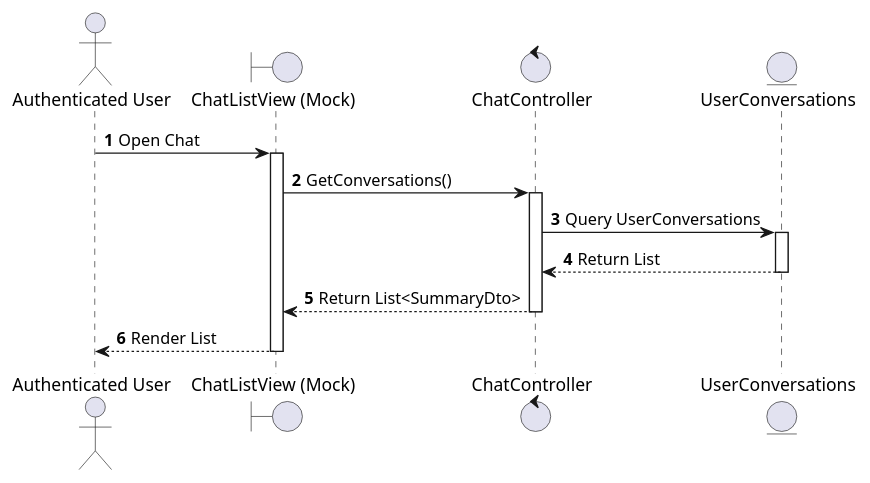
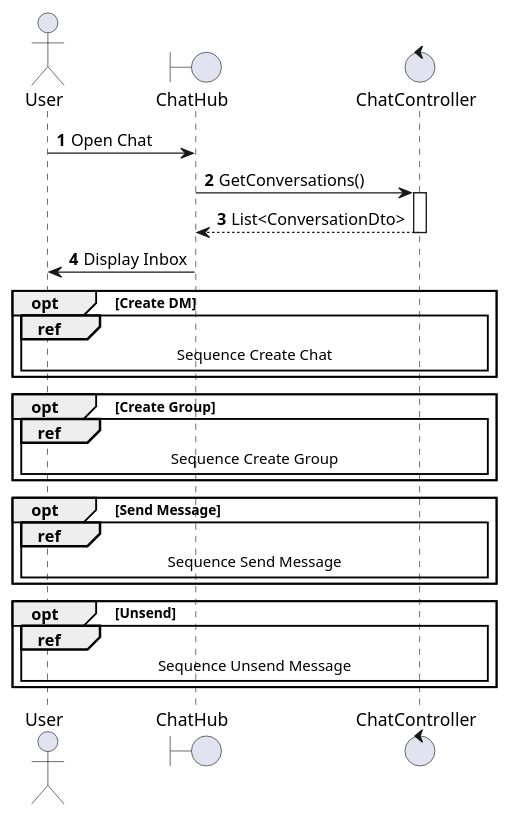
The second of 16 diagrams in UC_2.1.7_Chat.md (I-Love-U-3000/Favi-BE), drawn with PlantUML before and after one commit. The commit also changed other lines of this file and 36 other files, not shown here.

````diff
--- a/UC_2.1.7_Chat.md
+++ b/UC_2.1.7_Chat.md
@@ -53,22 +63,31 @@
 ```plantuml
 @startuml
 autonumber
-actor "Authenticated User" as User
-boundary "ChatListView (Mock)" as View
+actor "User" as User
+boundary "ChatHub" as View
 control "ChatController" as Controller
-entity "UserConversations" as Entity
 
 User -> View: Open Chat
-activate View
 View -> Controller: GetConversations()
 activate Controller
-Controller -> Entity: Query UserConversations
-activate Entity
-Entity --> Controller: Return List
-deactivate Entity
-Controller --> View: Return List<SummaryDto>
+Controller --> View: List<ConversationDto>
 deactivate Controller
-View --> User: Render List
-deactivate View
+View -> User: Display Inbox
+
+opt Create DM
+    ref over User, View, Controller: Sequence Create Chat
+end
+
+opt Create Group
+    ref over User, View, Controller: Sequence Create Group
+end
+
+opt Send Message
+    ref over User, View, Controller: Sequence Send Message
+end
+
+opt Unsend
+    ref over User, View, Controller: Sequence Unsend Message
+end
 @enduml
 ```
````
